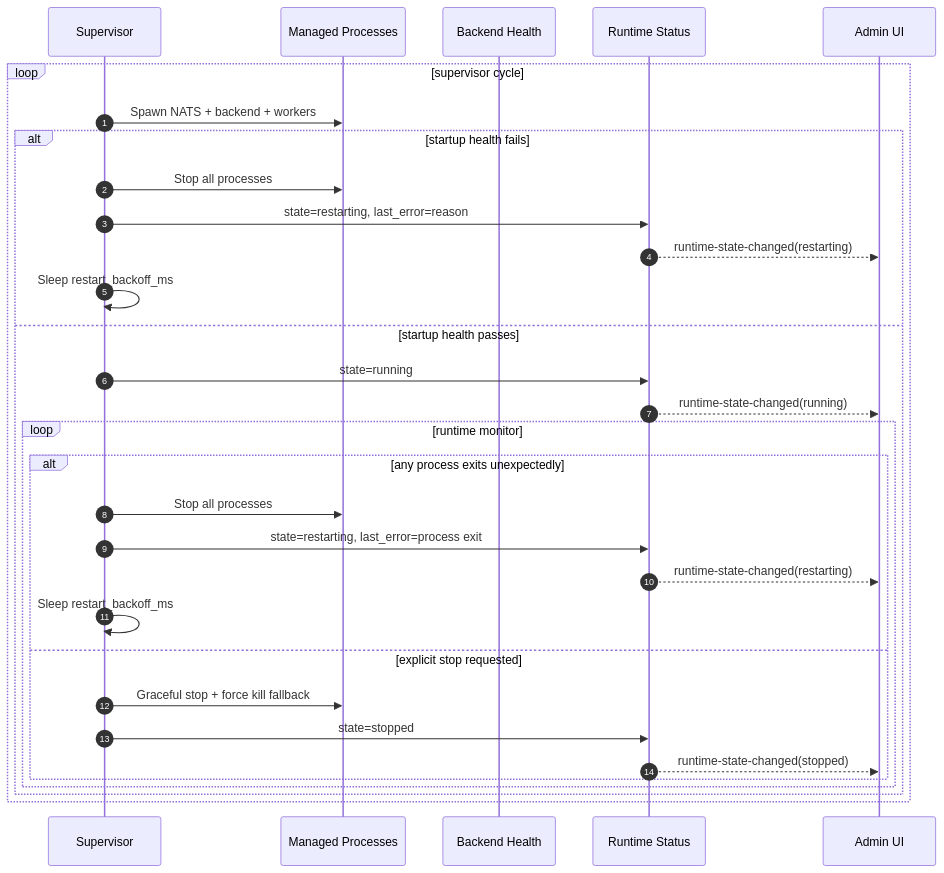
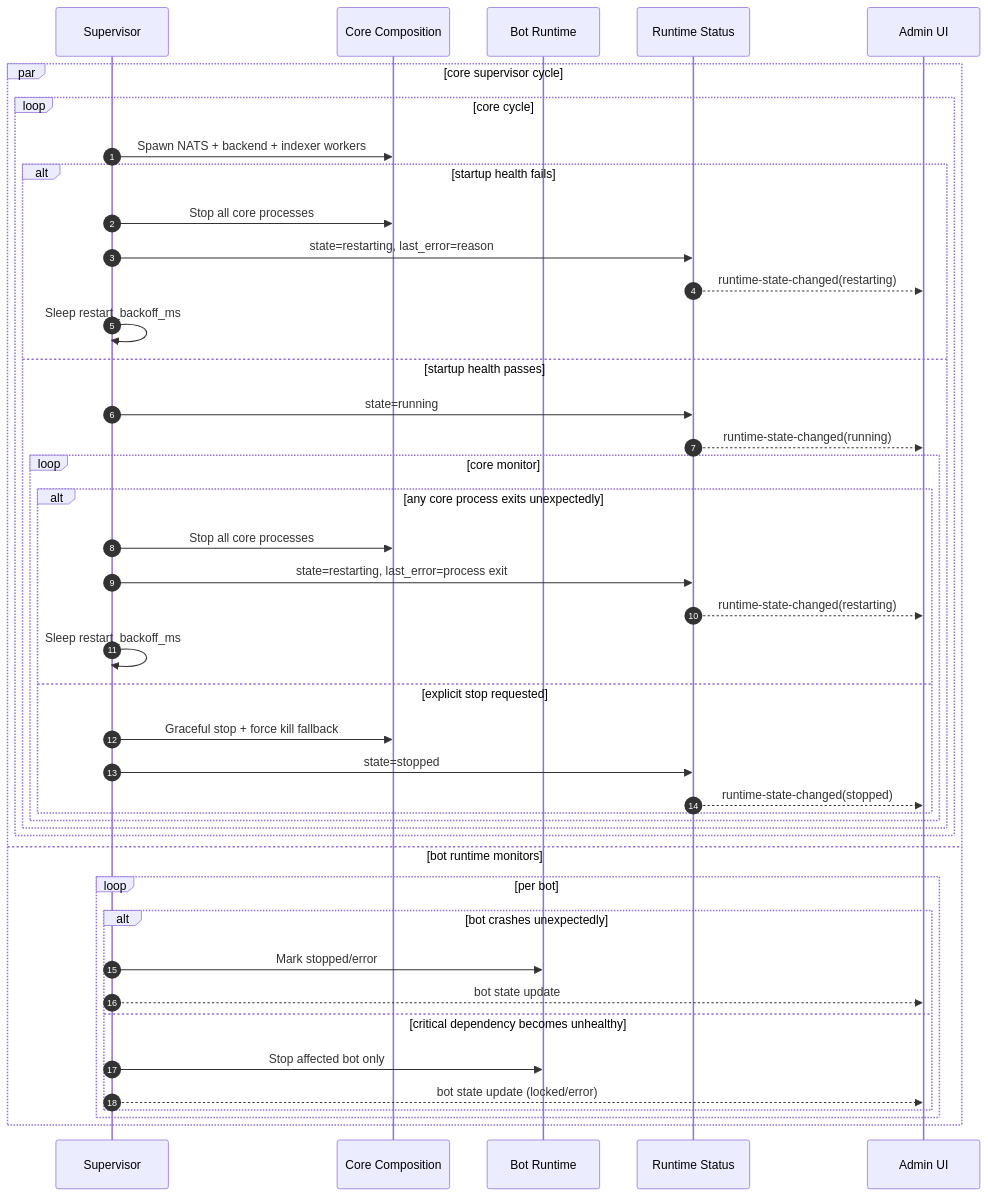
One commit to d347h-eth/artgod changed the diagram in docs/diagrams/02-desktop-failure-and-restart-loop.md. Above: the diagram before and after it, drawn with Mermaid. The commit also changed other lines of this file and 9 other files, not shown here.

````diff
--- a/docs/diagrams/02-desktop-failure-and-restart-loop.md
+++ b/docs/diagrams/02-desktop-failure-and-restart-loop.md
@@ -5,35 +5,47 @@
 ```mermaid
 sequenceDiagram
     autonumber
     participant S as Supervisor
-    participant P as Managed Processes
-    participant B as Backend Health
+    participant C as Core Composition
+    participant BT as Bot Runtime
     participant R as Runtime Status
     participant A as Admin UI
 
-    loop supervisor cycle
-        S->>P: Spawn NATS + backend + workers
-        alt startup health fails
-            S->>P: Stop all processes
-            S->>R: state=restarting, last_error=reason
-            R-->>A: runtime-state-changed(restarting)
-            S->>S: Sleep restart_backoff_ms
-        else startup health passes
-            S->>R: state=running
-            R-->>A: runtime-state-changed(running)
+    par core supervisor cycle
+        loop core cycle
+            S->>C: Spawn NATS + backend + indexer workers
+            alt startup health fails
+                S->>C: Stop all core processes
+                S->>R: state=restarting, last_error=reason
+                R-->>A: runtime-state-changed(restarting)
+                S->>S: Sleep restart_backoff_ms
+            else startup health passes
+                S->>R: state=running
+                R-->>A: runtime-state-changed(running)
 
-            loop runtime monitor
-                alt any process exits unexpectedly
-                    S->>P: Stop all processes
-                    S->>R: state=restarting, last_error=process exit
-                    R-->>A: runtime-state-changed(restarting)
-                    S->>S: Sleep restart_backoff_ms
-                else explicit stop requested
-                    S->>P: Graceful stop + force kill fallback
-                    S->>R: state=stopped
-                    R-->>A: runtime-state-changed(stopped)
+                loop core monitor
+                    alt any core process exits unexpectedly
+                        S->>C: Stop all core processes
+                        S->>R: state=restarting, last_error=process exit
+                        R-->>A: runtime-state-changed(restarting)
+                        S->>S: Sleep restart_backoff_ms
+                    else explicit stop requested
+                        S->>C: Graceful stop + force kill fallback
+                        S->>R: state=stopped
+                        R-->>A: runtime-state-changed(stopped)
+                    end
                 end
+            end
+        end
+    and bot runtime monitors
+        loop per bot
+            alt bot crashes unexpectedly
+                S->>BT: Mark stopped/error
+                S-->>A: bot state update
+            else critical dependency becomes unhealthy
+                S->>BT: Stop affected bot only
+                S-->>A: bot state update (locked/error)
             end
         end
     end
 ```
````
